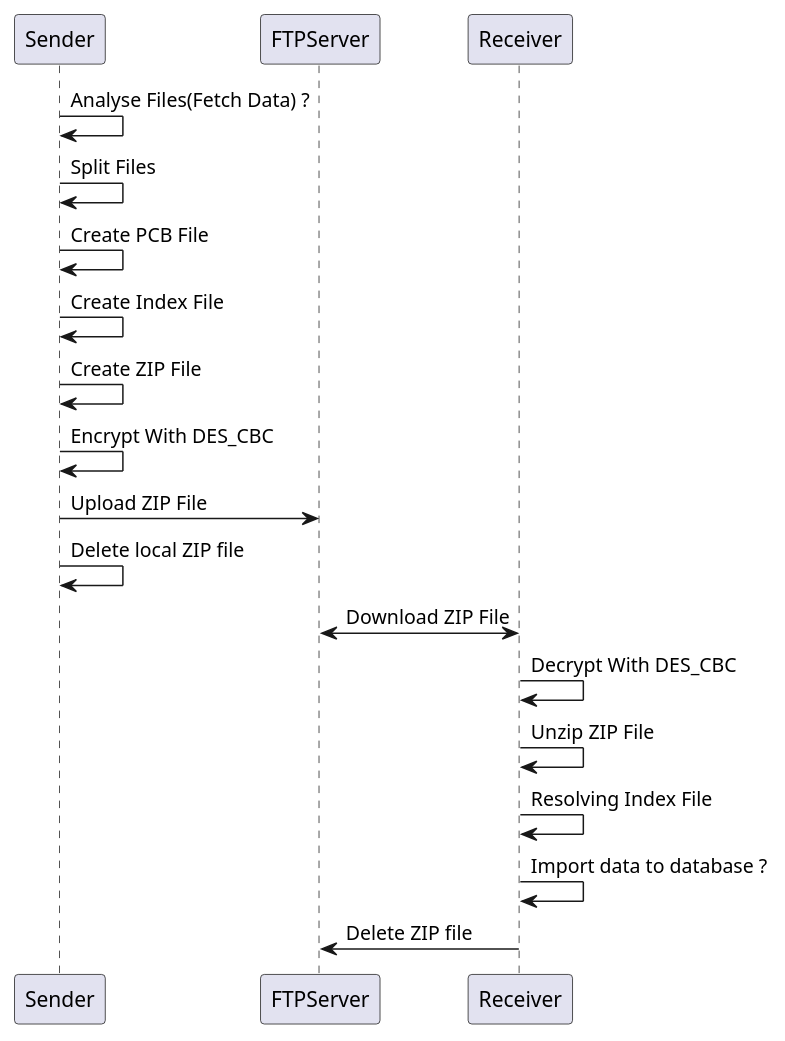
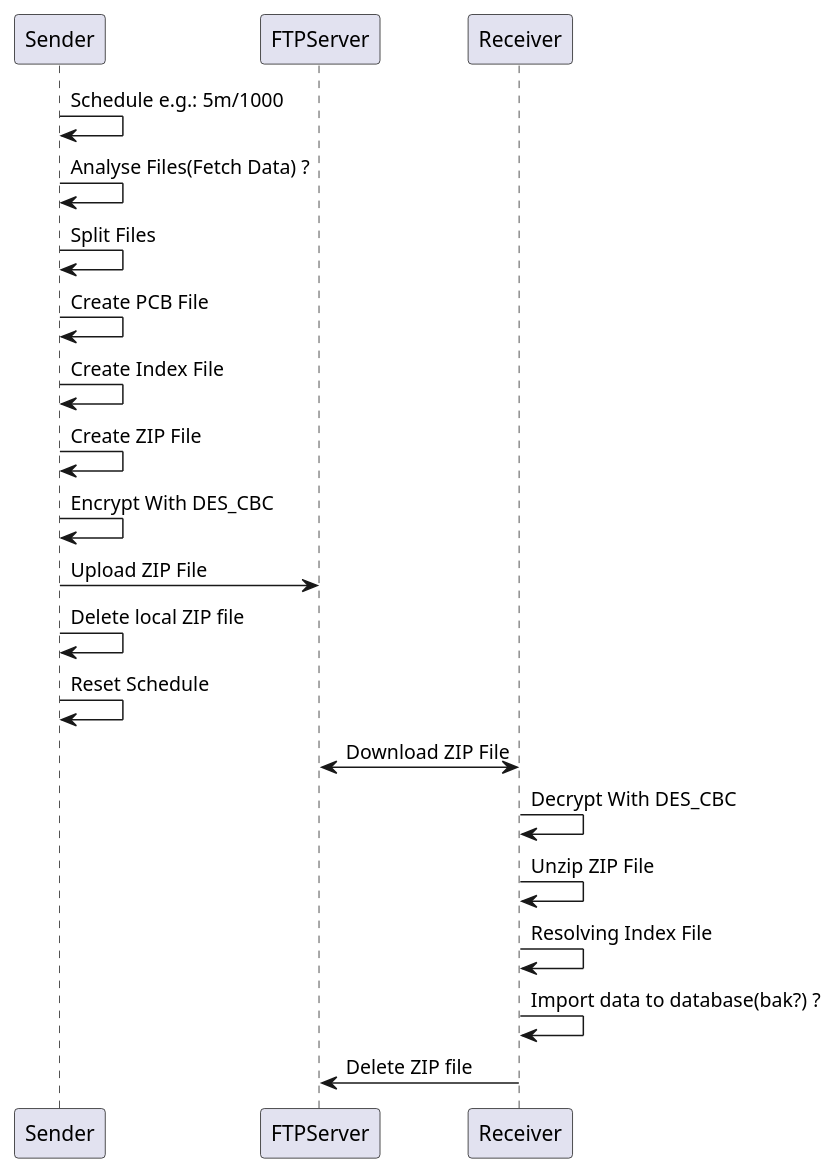
One commit to LuciferYYking/gov-zjzwfw changed the diagram in Xender.puml. Above: the diagram before and after it, drawn with PlantUML.

Commit message:
update uml

```diff
--- a/Xender.puml
+++ b/Xender.puml
@@ -1,17 +1,19 @@
 @startuml
+Sender -> Sender: Schedule e.g.: 5m/1000
 Sender -> Sender: Analyse Files(Fetch Data) ?
 Sender -> Sender: Split Files
 Sender -> Sender: Create PCB File
 Sender -> Sender: Create Index File
 Sender -> Sender: Create ZIP File
 Sender -> Sender: Encrypt With DES_CBC
 Sender -> FTPServer: Upload ZIP File
 Sender -> Sender: Delete local ZIP file
+Sender -> Sender: Reset Schedule
 
 Receiver <-> FTPServer: Download ZIP File
 Receiver -> Receiver: Decrypt With DES_CBC
 Receiver -> Receiver: Unzip ZIP File
 Receiver -> Receiver: Resolving Index File
-Receiver -> Receiver: Import data to database ?
+Receiver -> Receiver: Import data to database(bak?) ?
 Receiver -> FTPServer: Delete ZIP file
 @enduml
```
